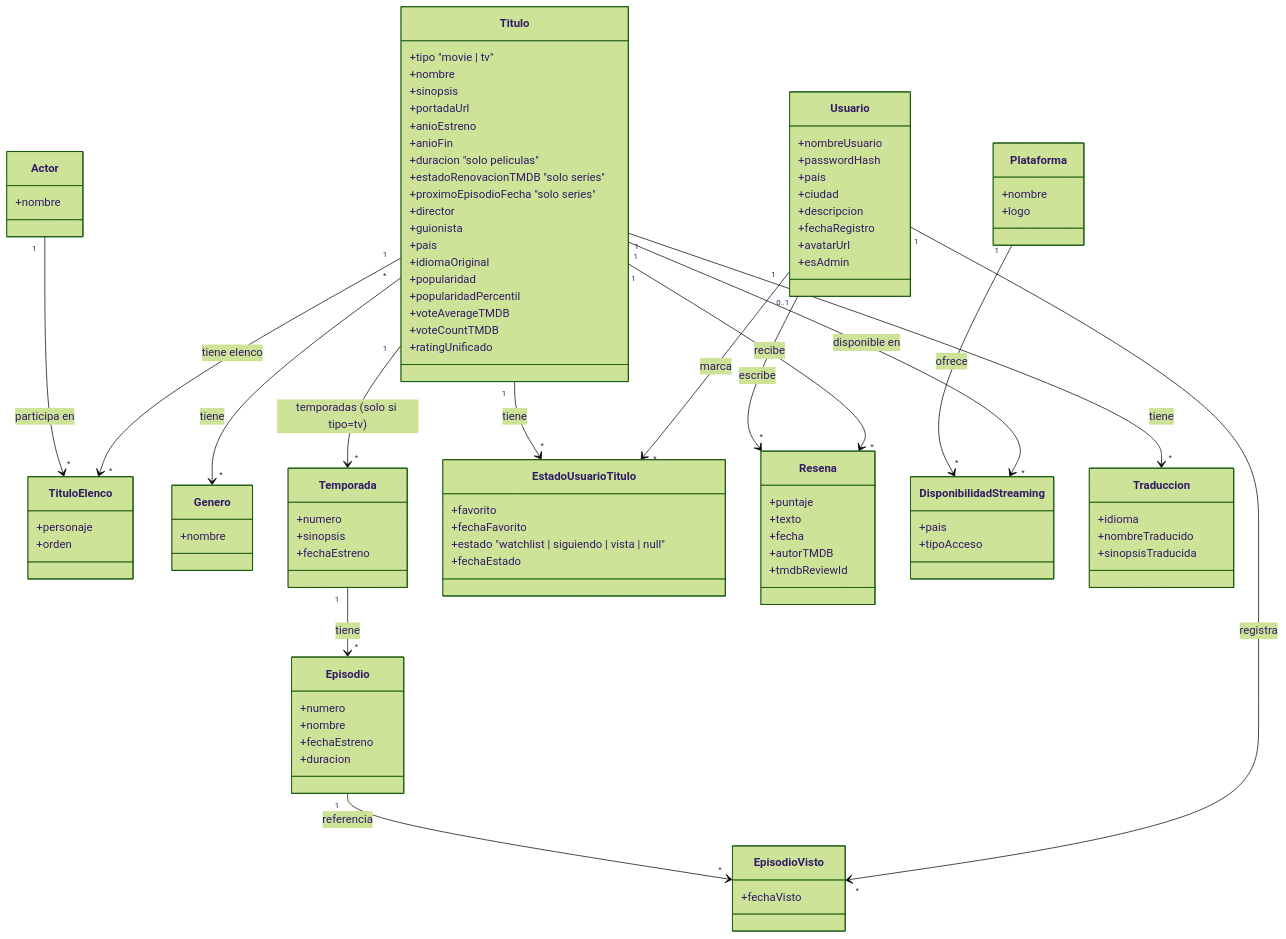
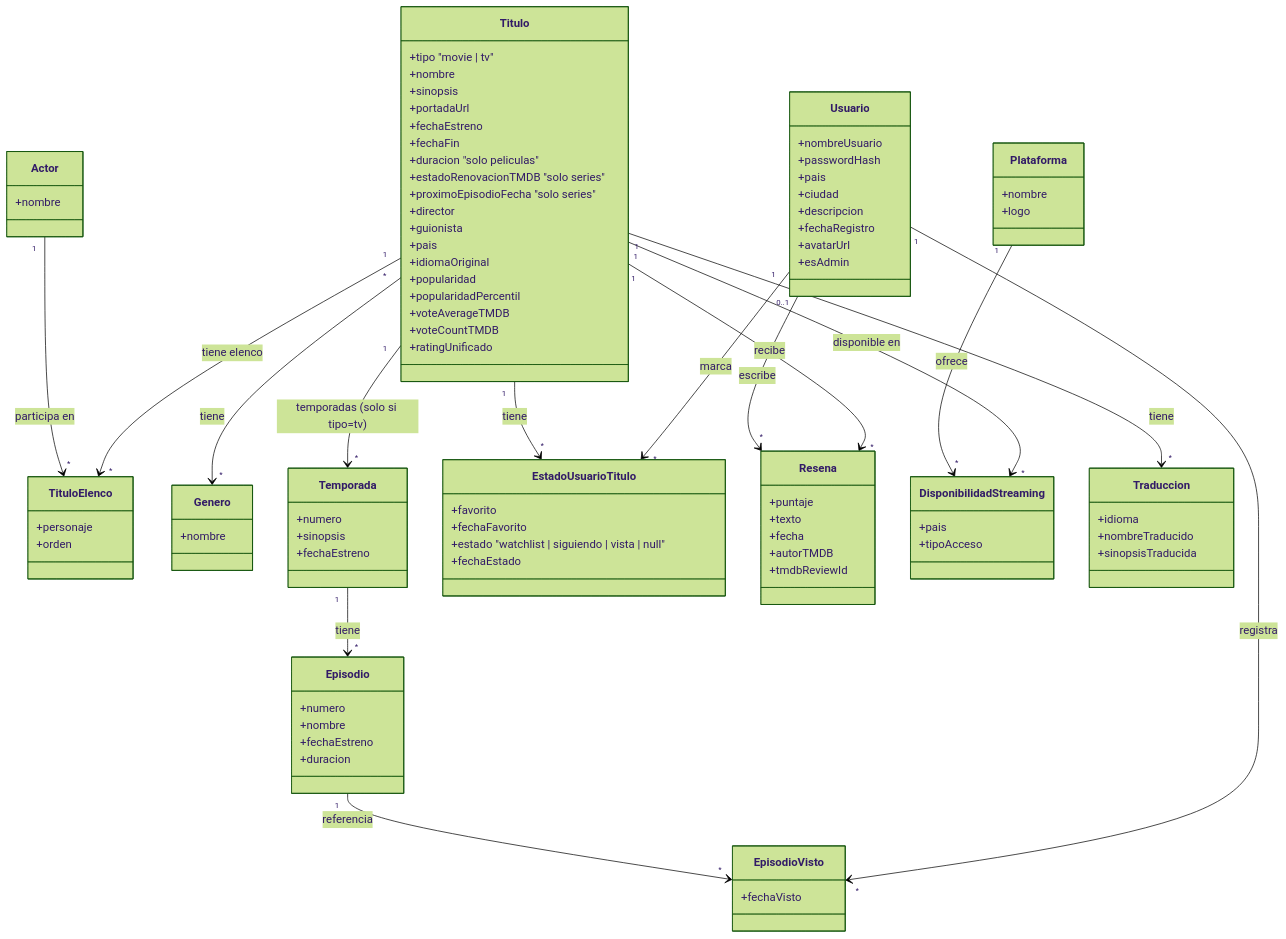
Before and after one commit to damianvc31/CineTrack: the diagram in docs/UML/modelo_datos/uml_version_superior.mmd, drawn with Mermaid (forest theme). The commit also changed 3 other files, not shown here.

Commit message:
docs: update UML models, streamline ARCHITECTURE.md and decouple business rules into docs/CATALOG_SPECS.md

```diff
--- a/docs/UML/modelo_datos/uml_version_superior.mmd
+++ b/docs/UML/modelo_datos/uml_version_superior.mmd
@@ -1,106 +1,106 @@
 classDiagram
   class Titulo {
     +tipo "movie | tv"
     +nombre
     +sinopsis
     +portadaUrl
-    +anioEstreno
-    +anioFin
+    +fechaEstreno
+    +fechaFin
     +duracion "solo peliculas"
     +estadoRenovacionTMDB "solo series"
     +proximoEpisodioFecha "solo series"
     +director
     +guionista
     +pais
     +idiomaOriginal
     +popularidad
     +popularidadPercentil
     +voteAverageTMDB
     +voteCountTMDB
     +ratingUnificado
   }
 
   class Actor {
     +nombre
   }
 
   class TituloElenco {
     +personaje
     +orden
   }
   Titulo "1" --> "*" TituloElenco : tiene elenco
   Actor "1" --> "*" TituloElenco : participa en
 
   class Genero {
     +nombre
   }
   Titulo "*" --> "*" Genero : tiene
 
   class Temporada {
     +numero
     +sinopsis
     +fechaEstreno
   }
   Titulo "1" --> "*" Temporada : temporadas (solo si tipo=tv)
 
   class Episodio {
     +numero
     +nombre
     +fechaEstreno
     +duracion
   }
   Temporada "1" --> "*" Episodio : tiene
 
   class Usuario {
     +nombreUsuario
     +passwordHash
     +pais
     +ciudad
     +descripcion
     +fechaRegistro
     +avatarUrl
     +esAdmin
   }
 
   class EstadoUsuarioTitulo {
     +favorito
     +fechaFavorito
     +estado "watchlist | siguiendo | vista | null"
     +fechaEstado
   }
   Usuario "1" --> "*" EstadoUsuarioTitulo : marca
   Titulo "1" --> "*" EstadoUsuarioTitulo : tiene
 
   class EpisodioVisto {
     +fechaVisto
   }
   Usuario "1" --> "*" EpisodioVisto : registra
   Episodio "1" --> "*" EpisodioVisto : referencia
 
   class Resena {
     +puntaje
     +texto
     +fecha
     +autorTMDB
     +tmdbReviewId
   }
   Titulo "1" --> "*" Resena : recibe
   Usuario "0..1" --> "*" Resena : escribe
 
   class Plataforma {
     +nombre
     +logo
   }
   class DisponibilidadStreaming {
     +pais
     +tipoAcceso
   }
   Titulo "1" --> "*" DisponibilidadStreaming : disponible en
   Plataforma "1" --> "*" DisponibilidadStreaming : ofrece
 
   class Traduccion {
     +idioma
     +nombreTraducido
     +sinopsisTraducida
   }
   Titulo "1" --> "*" Traduccion : tiene
```
